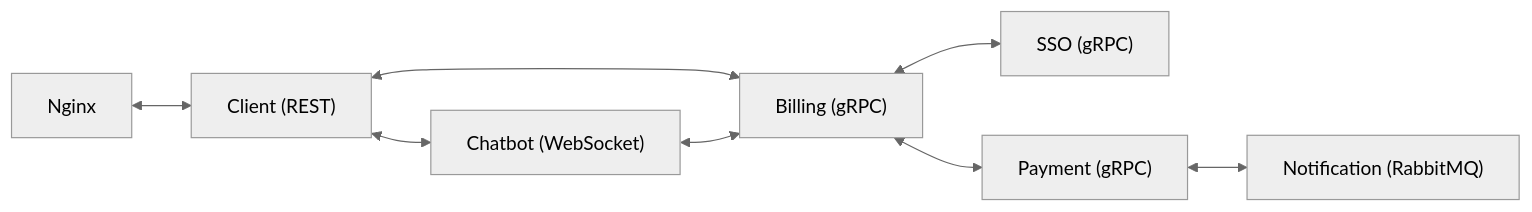
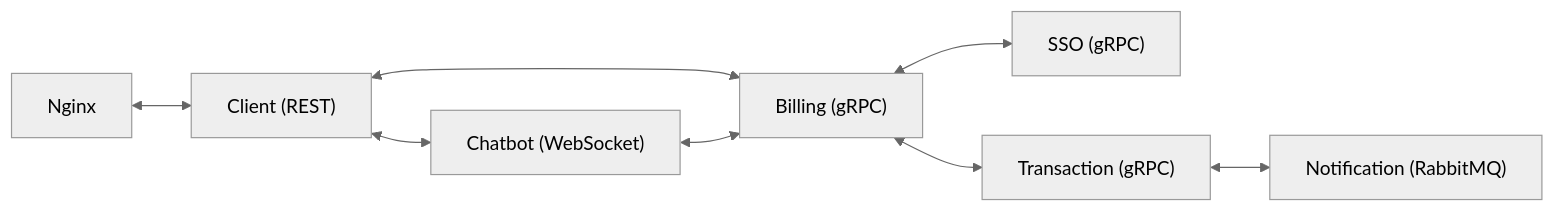
The diagram in README.md (DarthanHawke/finance-system), drawn with Mermaid (neutral theme) before and after one commit. The commit also changed other lines of this file and 207 other files, not shown here.

Commit message:
Rename payment-service to transaction-service, payment-system to finance-system; update buisness logic transaction-service, add moduls for use ISO8583

````diff
--- a/README.md
+++ b/README.md
@@ -60,10 +60,10 @@
 ```mermaid
 flowchart LR
     Nginx <--> Client["Client (REST)"]
     Client <--> Billing["Billing (gRPC)"]
     Client <--> Chatbot["Chatbot (WebSocket)"]
     Chatbot <--> Billing["Billing (gRPC)"]
     Billing <--> SSO["SSO (gRPC)"]
-    Billing <--> Payment["Payment (gRPC)"]
-    Payment <--> Notification["Notification (RabbitMQ)"]
+    Billing <--> Transaction["Transaction (gRPC)"]
+    Transaction <--> Notification["Notification (RabbitMQ)"]
 ``` 
````
